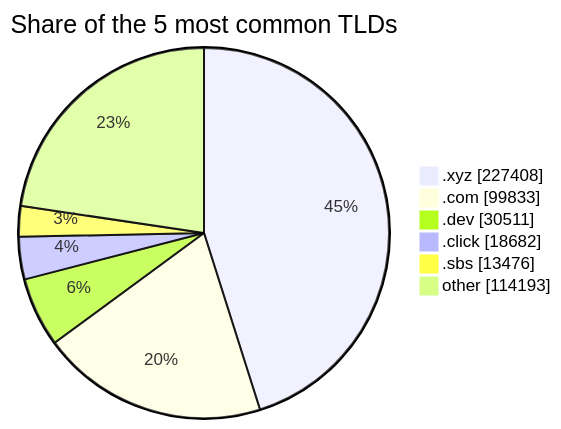
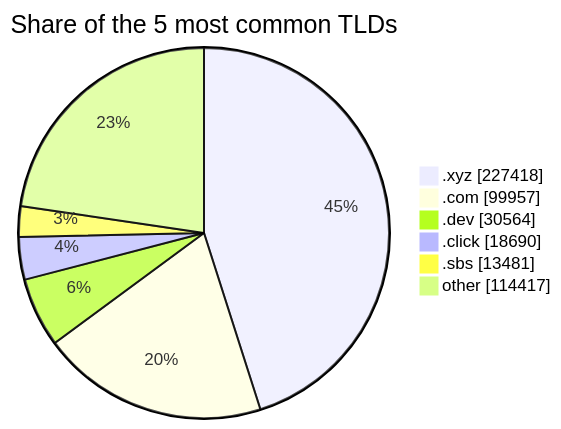
Before and after one commit to DNSBunker/CTI: the third of 3 diagrams in README.md, drawn with Mermaid. The commit also changed other lines of this file and 3 other files, not shown here.

````diff
--- a/README.md
+++ b/README.md
@@ -81,9 +81,9 @@
 ```mermaid
 pie showData title Share of the 5 most common TLDs
-    ".xyz" : 227408
-    ".com" : 99833
-    ".dev" : 30511
-    ".click" : 18682
-    ".sbs" : 13476
-    "other" : 114193
+    ".xyz" : 227418
+    ".com" : 99957
+    ".dev" : 30564
+    ".click" : 18690
+    ".sbs" : 13481
+    "other" : 114417
 ```
````
